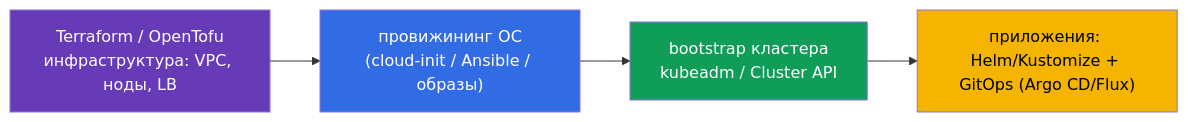
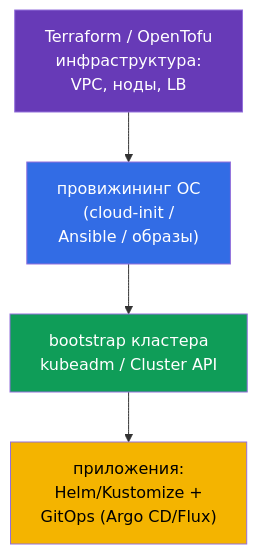
One commit to ViktorUJ/cks changed the fourth of 4 diagrams in tasks/cka/course/35-3-design/ru.md. Above: the diagram before and after it, drawn with Mermaid. The commit also changed other lines of this file and 30 other files, not shown here.

````diff
--- a/tasks/cka/course/35-3-design/ru.md
+++ b/tasks/cka/course/35-3-design/ru.md
@@ -114,10 +114,10 @@
 ```mermaid
-flowchart LR
-    tf["Terraform / OpenTofu<br>инфраструктура: VPC, ноды, LB"] --> prov["провижининг ОС<br>(cloud-init / Ansible / образы)"]
+flowchart TB
+    tf["Terraform / OpenTofu<br>инфраструктура:<br>VPC, ноды, LB"] --> prov["провижининг ОС<br>(cloud-init /<br>Ansible / образы)"]
     prov --> boot["bootstrap кластера<br>kubeadm / Cluster API"]
-    boot --> apps["приложения: Helm/Kustomize + GitOps (Argo CD/Flux)"]
+    boot --> apps["приложения:<br>Helm/Kustomize +<br>GitOps (Argo CD/Flux)"]
     style tf fill:#673ab7,color:#fff
     style prov fill:#326ce5,color:#fff
     style boot fill:#0f9d58,color:#fff
     style apps fill:#f4b400,color:#000
 ```
````
